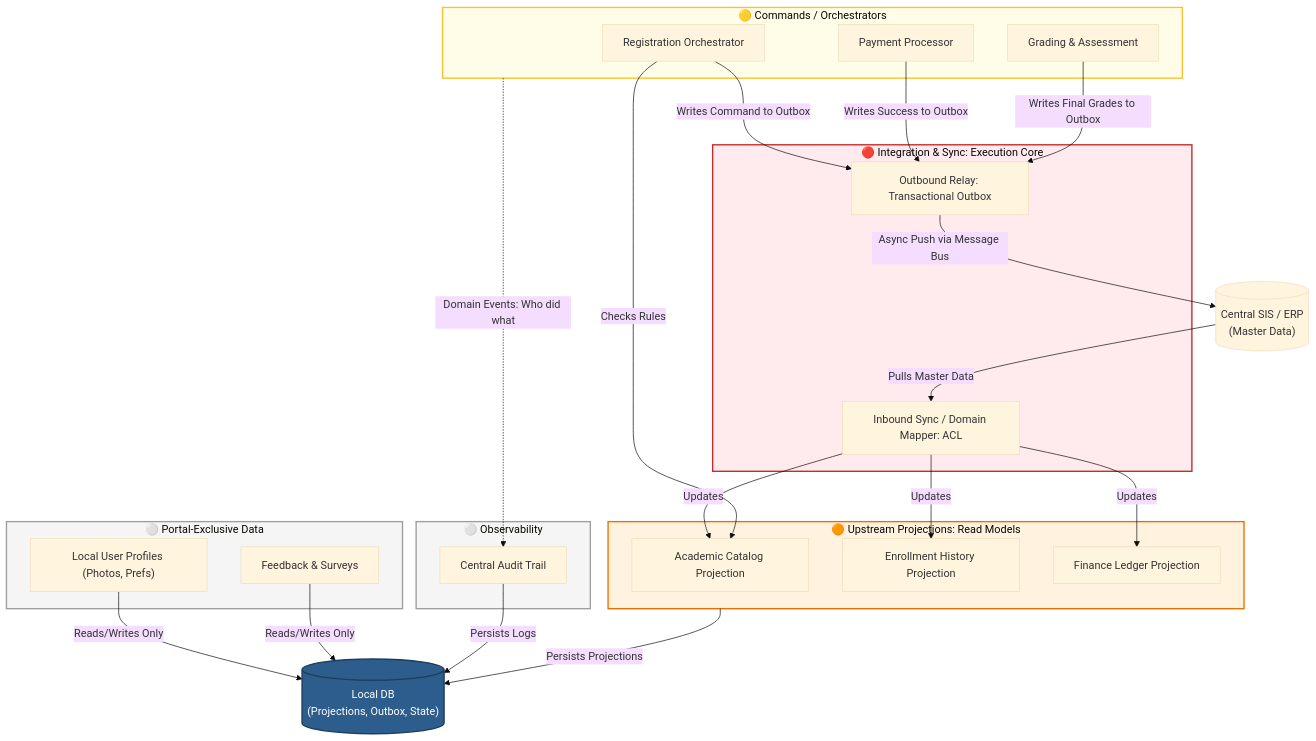
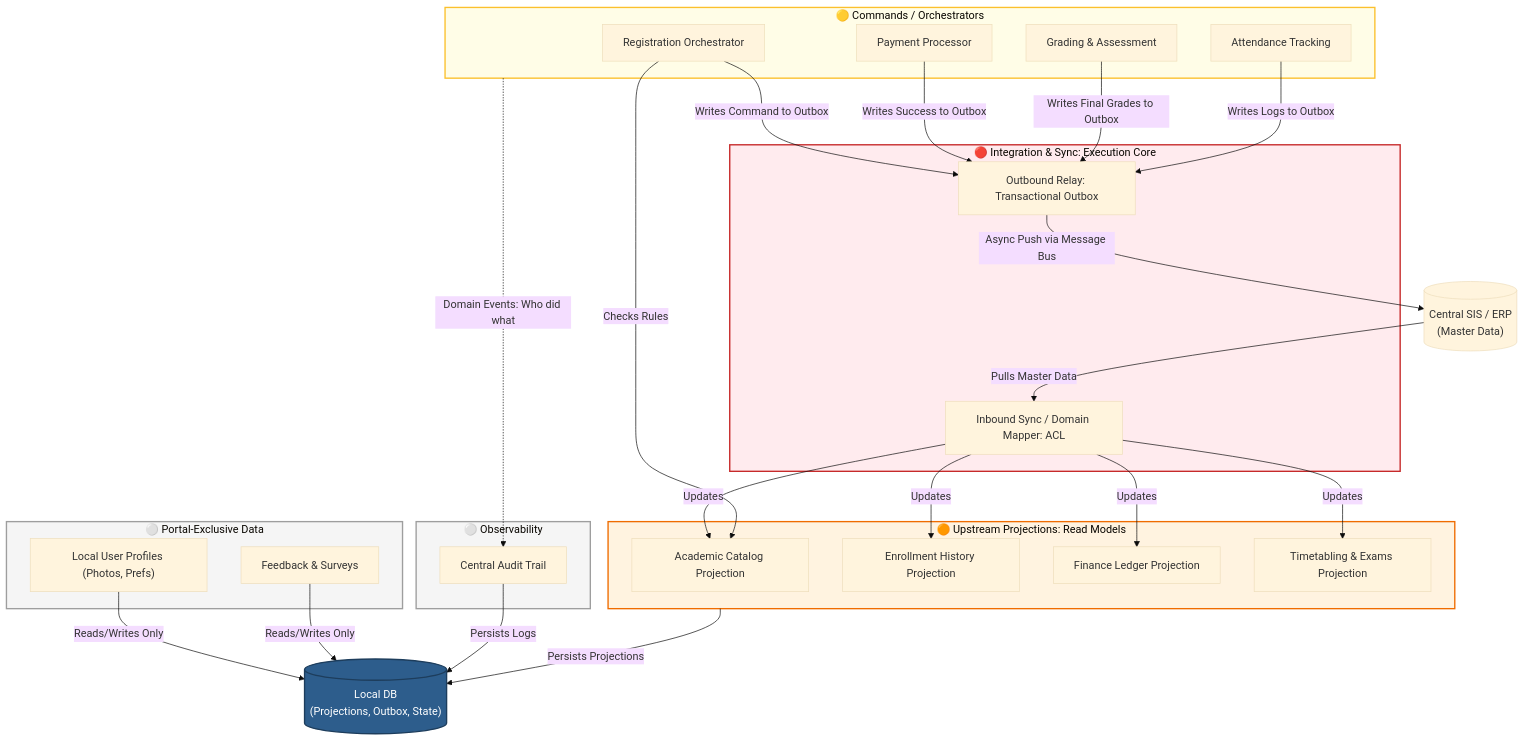
The fourth of 4 diagrams in ARCHITECTURE.md (ziad-aladawy-dev/BackDesign), drawn with Mermaid (base theme) before and after one commit. The commit also changed other lines of this file, not shown here.

Commit message:
docs: fix orphaned modules and exams terminology in architecture diagrams

````diff
--- a/ARCHITECTURE.md
+++ b/ARCHITECTURE.md
@@ -198,76 +204,80 @@
 ```mermaid
 flowchart TD
 
     %% EXTERNAL
     SIS[("Central SIS / ERP\n(Master Data)")]
 
     %% INTEGRATION CORE (ACL)
     subgraph Core_Integration [🔴 Integration & Sync: Execution Core]
         ACL_Inbound["Inbound Sync / Domain Mapper: ACL"]
         ACL_Outbound["Outbound Relay: Transactional Outbox"]
     end
 
     %% UPSTREAM PROJECTIONS
     subgraph Upstream_Domains [🟠 Upstream Projections: Read Models]
         Mod_Catalog["Academic Catalog Projection"]
         Mod_EnrollmentHistory["Enrollment History Projection"]
         Mod_FinanceProj["Finance Ledger Projection"]
+        Mod_Schedule["Timetabling & Exams Projection"]
     end
 
     %% EXECUTION / SUPPORTING COMMANDS
     subgraph Command_Domains [🟡 Commands / Orchestrators]
         Mod_RegOrchestrator["Registration Orchestrator"]
         Mod_PaymentProc["Payment Processor"]
         Mod_Grading["Grading & Assessment"]
+        Mod_Attendance["Attendance Tracking"]
     end
 
     %% PORTAL-EXCLUSIVE STATE
     subgraph Portal_State [⚪ Portal-Exclusive Data]
         Mod_UserProfile["Local User Profiles (Photos, Prefs)"]
         Mod_FeedbackSurveys["Feedback & Surveys"]
     end
 
     %% AUDIT & EVENTING
     subgraph Observability [⚪ Observability]
         Mod_AuditTrail["Central Audit Trail"]
     end
 
     LocalDB[("Local DB\n(Projections, Outbox, State)")]
 
     %% SIS -> Read Models (Inbound CQRS)
     SIS -->|Pulls Master Data| ACL_Inbound
     ACL_Inbound -->|Updates| Mod_Catalog
     ACL_Inbound -->|Updates| Mod_EnrollmentHistory
     ACL_Inbound -->|Updates| Mod_FinanceProj
+    ACL_Inbound -->|Updates| Mod_Schedule
 
     Upstream_Domains -->|Persists Projections| LocalDB
 
     %% Commands -> Write-Back (Outbound CQRS)
     Mod_RegOrchestrator -->|Checks Rules| Mod_Catalog
     Mod_RegOrchestrator -->|Writes Command to Outbox| ACL_Outbound
     Mod_PaymentProc -->|Writes Success to Outbox| ACL_Outbound
     Mod_Grading -->|Writes Final Grades to Outbox| ACL_Outbound
+    Mod_Attendance -->|Writes Logs to Outbox| ACL_Outbound
 
     ACL_Outbound -->|Async Push via Message Bus| SIS
 
     %% Portal-Exclusive (No SIS Sync)
     Mod_UserProfile -->|Reads/Writes Only| LocalDB
     Mod_FeedbackSurveys -->|Reads/Writes Only| LocalDB
 
     %% Event Logging
     Command_Domains -.->|Domain Events: Who did what| Mod_AuditTrail
     Mod_AuditTrail -->|Persists Logs| LocalDB
 
     %% STYLING
     classDef core fill:#ffebee,stroke:#c62828,stroke-width:2px;
     classDef upstream fill:#fff3e0,stroke:#ef6c00,stroke-width:2px;
     classDef command fill:#fffde7,stroke:#fbc02d,stroke-width:2px;
     classDef portal fill:#f5f5f5,stroke:#9e9e9e,stroke-width:2px;
     classDef db fill:#2d5d8c,stroke:#1d3d5c,color:#fff,stroke-width:2px;
 
     class Core_Integration core;
     class Upstream_Domains upstream;
     class Command_Domains command;
     class Portal_State,Observability portal;
     class LocalDB db;
 ```
````
